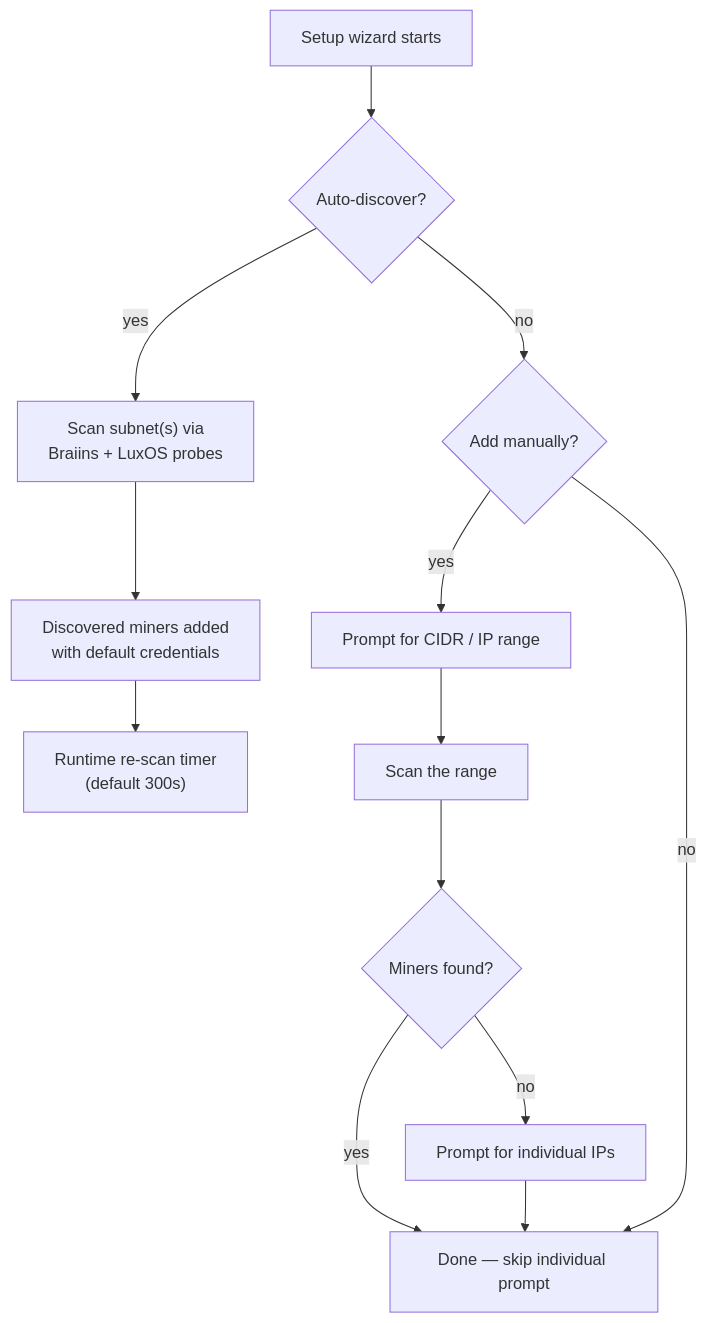
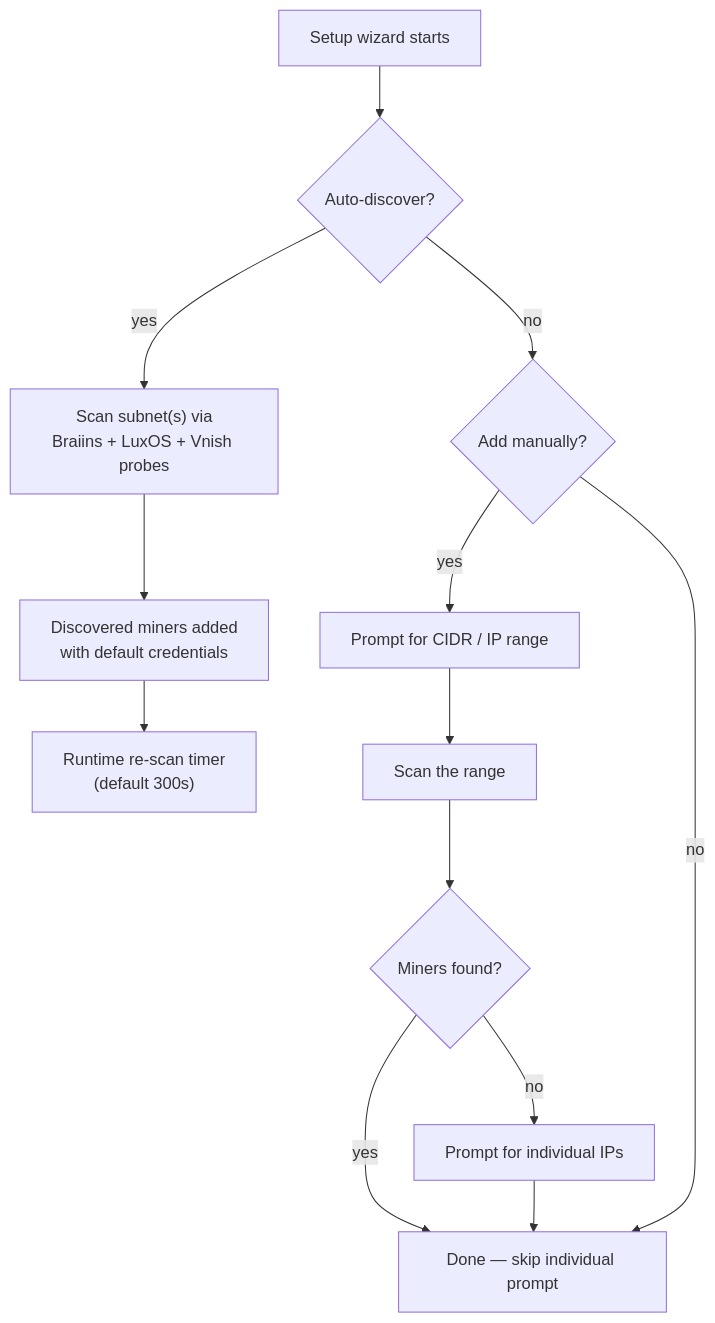
One commit to Wright-1/wright-telemetry changed the fourth of 4 diagrams in docs/architecture.md. Above: the diagram before and after it, drawn with Mermaid. The commit also changed other lines of this file and 13 other files, not shown here.

````diff
--- a/docs/architecture.md
+++ b/docs/architecture.md
@@ -193,15 +233,15 @@
 ```mermaid
 flowchart TD
     Start["Setup wizard starts"] --> AutoDisc{"Auto-discover?"}
-    AutoDisc -->|yes| Subnet["Scan subnet(s) via<br/>Braiins + LuxOS probes"]
+    AutoDisc -->|yes| Subnet["Scan subnet(s) via<br/>Braiins + LuxOS + Vnish probes"]
     AutoDisc -->|no| Manual{"Add manually?"}
     Subnet --> Found["Discovered miners added<br/>with default credentials"]
     Found --> RuntimeRescan["Runtime re-scan timer<br/>(default 300s)"]
     Manual -->|yes| RangePrompt["Prompt for CIDR / IP range"]
     RangePrompt --> RangeScan["Scan the range"]
     RangeScan --> RangeFound{"Miners found?"}
     RangeFound -->|yes| Done["Done — skip individual prompt"]
     RangeFound -->|no| Individual["Prompt for individual IPs"]
     Individual --> Done
     Manual -->|no| Done
 ```
````
